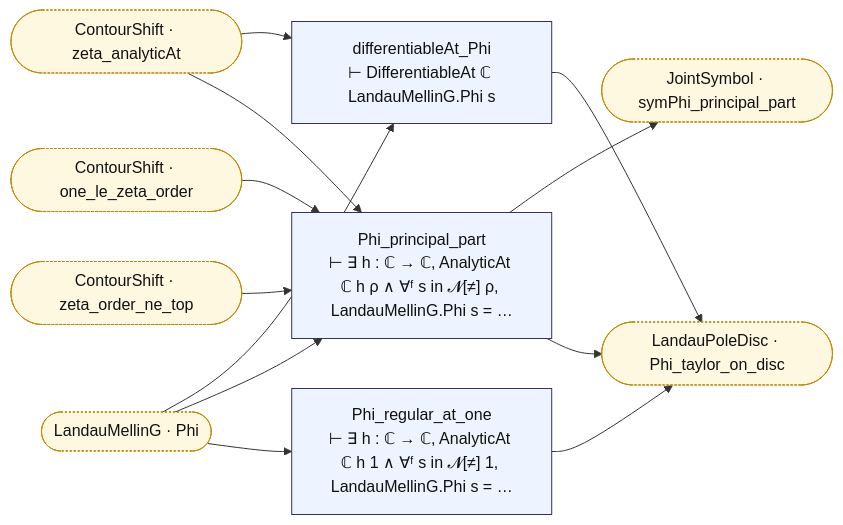
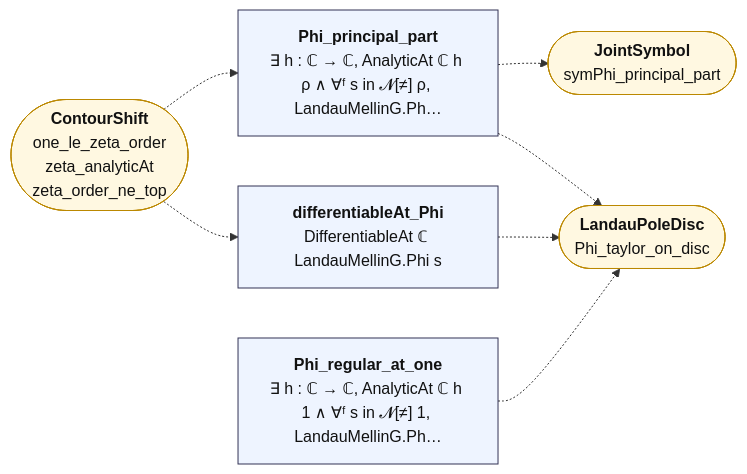
One commit to juliansambranojr/Primebeat_081426 changed the diagram in map/lean_stage3/LandauPoleLocal.md. Above: the diagram before and after it, drawn with Mermaid. The commit also changed other lines of this file and 387 other files, not shown here.

````diff
--- a/map/lean_stage3/LandauPoleLocal.md
+++ b/map/lean_stage3/LandauPoleLocal.md
@@ -8,29 +12,20 @@
 ```mermaid
 flowchart LR
-  n0["differentiableAt_Phi<br/>⊢ DifferentiableAt ℂ LandauMellinG.Phi s"]:::thm
-  n1["Phi_principal_part<br/>⊢ ∃ h : ℂ → ℂ, AnalyticAt ℂ h ρ ∧ ∀ᶠ s in 𝓝[≠] ρ, LandauMellinG.Phi s = …"]:::thm
-  n2["Phi_regular_at_one<br/>⊢ ∃ h : ℂ → ℂ, AnalyticAt ℂ h 1 ∧ ∀ᶠ s in 𝓝[≠] 1, LandauMellinG.Phi s = …"]:::thm
-  x0(["ContourShift · one_le_zeta_order"]):::ext
-  x1(["ContourShift · zeta_analyticAt"]):::ext
-  x2(["ContourShift · zeta_order_ne_top"]):::ext
-  x3(["JointSymbol · symPhi_principal_part"]):::ext
-  x4(["LandauMellinG · Phi"]):::ext
-  x5(["LandauPoleDisc · Phi_taylor_on_disc"]):::ext
-  n0 --> x5
-  n1 --> x3
-  n1 --> x5
-  n2 --> x5
-  x0 --> n1
-  x1 --> n0
-  x1 --> n1
-  x2 --> n1
-  x4 --> n0
-  x4 --> n1
-  x4 --> n2
+  n0["<b>differentiableAt_Phi</b><br/>DifferentiableAt ℂ LandauMellinG.Phi s"]:::thm
+  n1["<b>Phi_principal_part</b><br/>∃ h : ℂ → ℂ, AnalyticAt ℂ h ρ ∧ ∀ᶠ s in 𝓝[≠] ρ, LandauMellinG.Ph…"]:::thm
+  n2["<b>Phi_regular_at_one</b><br/>∃ h : ℂ → ℂ, AnalyticAt ℂ h 1 ∧ ∀ᶠ s in 𝓝[≠] 1, LandauMellinG.Ph…"]:::thm
+  x0(["<b>ContourShift</b><br/>one_le_zeta_order<br/>zeta_analyticAt<br/>zeta_order_ne_top"]):::ext
+  x1(["<b>LandauPoleDisc</b><br/>Phi_taylor_on_disc"]):::ext
+  x2(["<b>JointSymbol</b><br/>symPhi_principal_part"]):::ext
+  n0 -.-> x1
+  n1 -.-> x1
+  n1 -.-> x2
+  n2 -.-> x1
+  x0 -.-> n0
+  x0 -.-> n1
   classDef thm fill:#eef4ff,stroke:#335,color:#111
-  classDef dfn fill:#f2f2f2,stroke:#777,color:#111
   classDef end_ fill:#e7f7e7,stroke:#2a7,color:#111,stroke-width:2px
   classDef lone fill:#fff,stroke:#999,color:#111,stroke-dasharray:4 3
   classDef bad fill:#ffe5e5,stroke:#c22,color:#111,stroke-width:2px
-  classDef ext fill:#fff8e1,stroke:#b80,color:#111,stroke-dasharray:2 2
+  classDef ext fill:#fff8e1,stroke:#b80,color:#111
 ```
````
